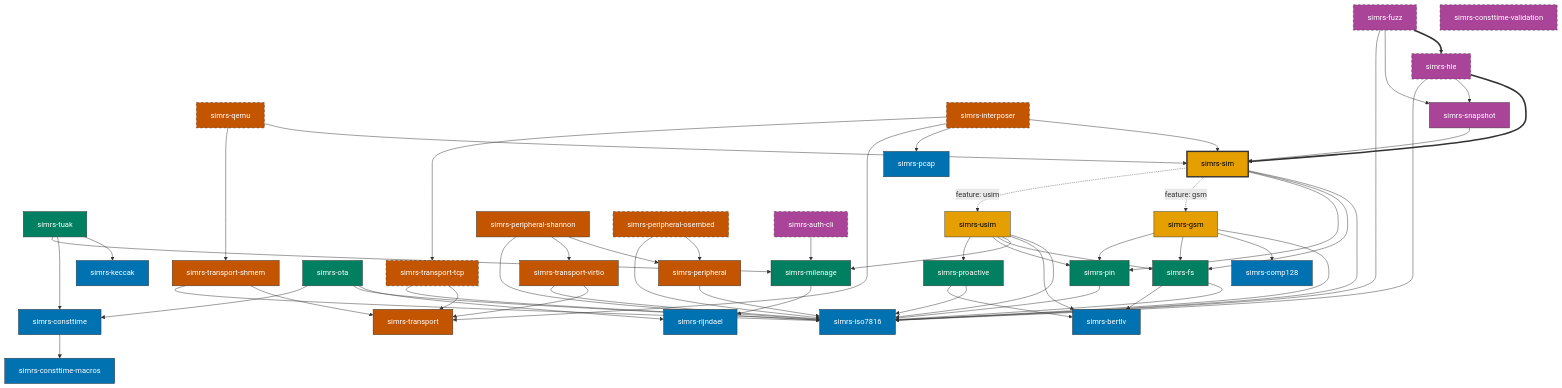
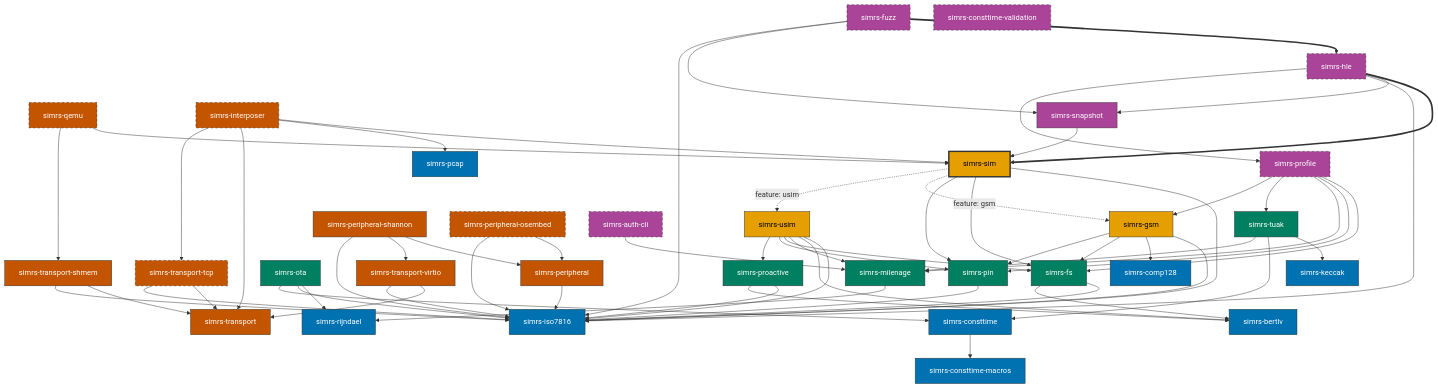
One commit to jaesharp/simrs changed the first of 4 diagrams in docs/architecture.md. Above: the diagram before and after it, drawn with Mermaid. The commit also changed other lines of this file and 39 other files, not shown here.

First line of the commit message:
feat: add simrs-profile crate -- TCA eUICC Profile Package parser

````diff
--- a/docs/architecture.md
+++ b/docs/architecture.md
@@ -114,6 +116,7 @@
     %% CLI (Mauve, std)
     AUTH[simrs-auth-cli]
     CTV[simrs-consttime-validation]
+    PROF[simrs-profile]
 
     CT  --> CTM
     MIL --> RIJ
@@ -169,6 +172,12 @@
     FUZZ    --> SNAP
     FUZZ    --> ISO
     AUTH    --> MIL
+    PROF    --> FS
+    PROF    --> PIN
+    PROF    --> MIL
+    PROF    --> TUAK
+    PROF    --> GSM
+    HLE     --> PROF
 
     %% Per DIAGRAM_STYLE_GUIDE.md
     classDef foundation fill:#0072B2,stroke:#333,color:#fff
@@ -187,5 +196,5 @@
     class TR,TR_SHM,TR_VIO,PERI,SHAN boundary
     class TR_TCP,OSEM,QEMU,INTERP boundary_std
     class SNAP meta
-    class HLE,FUZZ,AUTH,CTV meta_std
+    class HLE,FUZZ,AUTH,CTV,PROF meta_std
 ```
````
